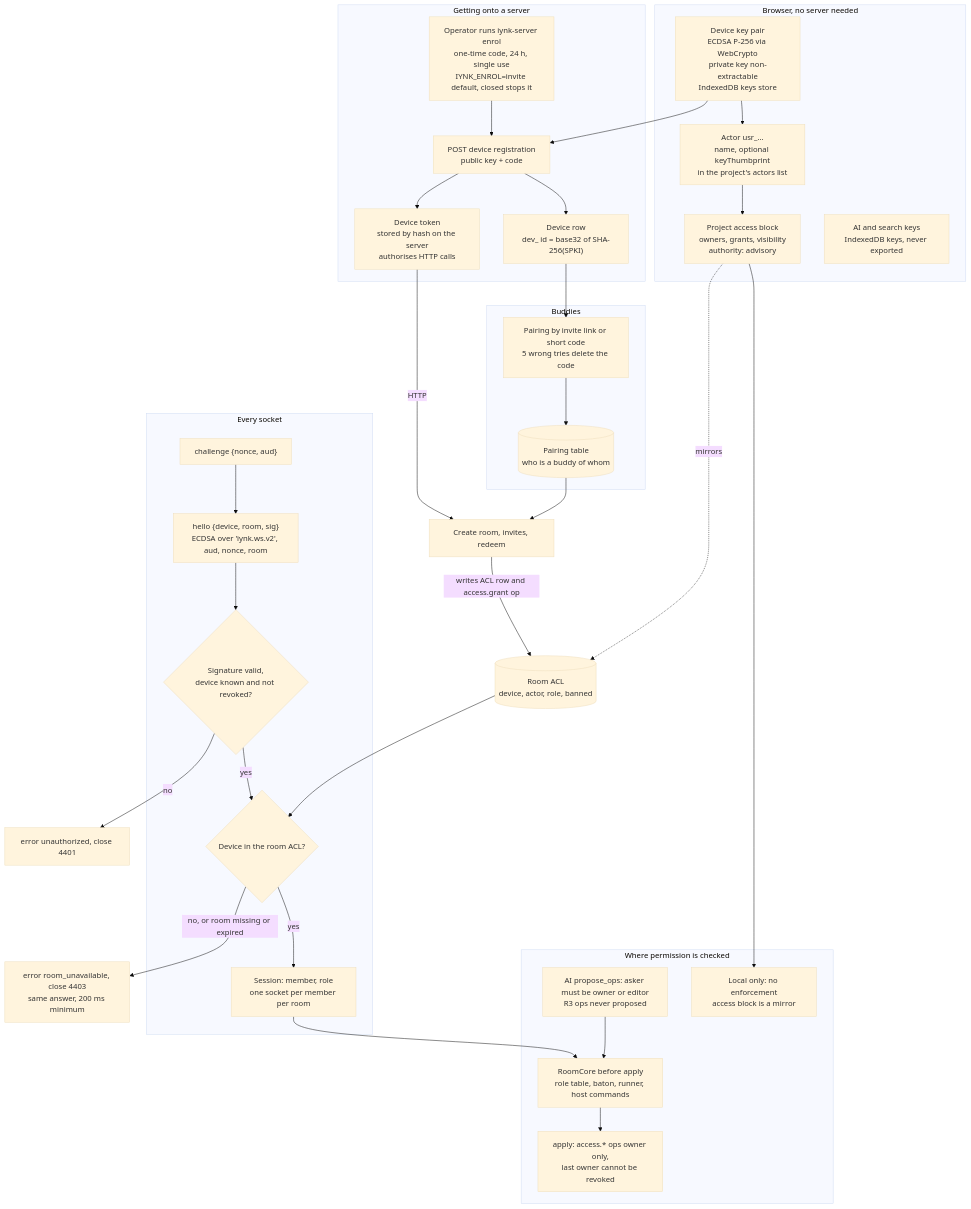
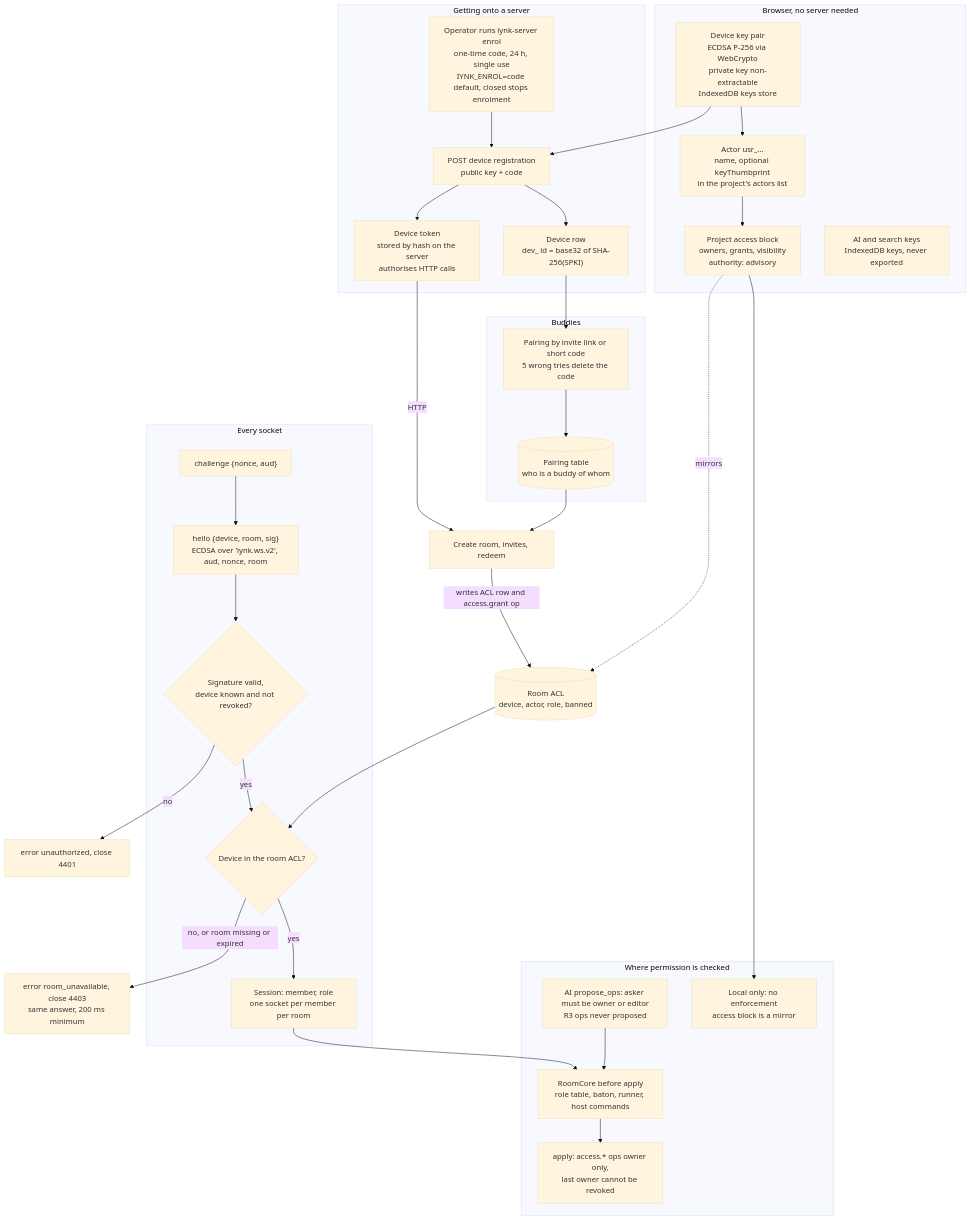
One commit to kushwahaamar-dev/iynk changed diagram 15 of 16 in docs/MASTER_PLAN/04_ARCHITECTURE/SYSTEM_DIAGRAMS.md. Above: the diagram before and after it, drawn with Mermaid (base theme). The commit also changed other lines of this file and 104 other files, not shown here.

````diff
--- a/docs/MASTER_PLAN/04_ARCHITECTURE/SYSTEM_DIAGRAMS.md
+++ b/docs/MASTER_PLAN/04_ARCHITECTURE/SYSTEM_DIAGRAMS.md
@@ -800,52 +800,52 @@
 ```mermaid
 flowchart TB
   subgraph Local["Browser, no server needed"]
     key["Device key pair<br/>ECDSA P-256 via WebCrypto<br/>private key non-extractable<br/>IndexedDB keys store"]
     actor["Actor usr_...<br/>name, optional keyThumbprint<br/>in the project's actors list"]
     owner["Project access block<br/>owners, grants, visibility<br/>authority: advisory"]
     keys2["AI and search keys<br/>IndexedDB keys, never exported"]
   end
   subgraph Enroll["Getting onto a server"]
-    code["Operator runs iynk-server enrol<br/>one-time code, 24 h, single use<br/>IYNK_ENROL=invite default, closed stops it"]
+    code["Operator runs iynk-server enrol<br/>one-time code, 24 h, single use<br/>IYNK_ENROL=code default, closed stops enrolment"]
     reg["POST device registration<br/>public key + code"]
     tok["Device token<br/>stored by hash on the server<br/>authorises HTTP calls"]
     devrow["Device row<br/>dev_ id = base32 of SHA-256(SPKI)"]
   end
   subgraph Pair["Buddies"]
     pairing["Pairing by invite link or short code<br/>5 wrong tries delete the code"]
     buddies[("Pairing table<br/>who is a buddy of whom")]
   end
   subgraph Sock["Every socket"]
     chal["challenge {nonce, aud}"]
     hello["hello {device, room, sig}<br/>ECDSA over 'iynk.ws.v2', aud, nonce, room"]
     verify{"Signature valid,<br/>device known and not revoked?"}
     member{"Device in the room ACL?"}
     sess["Session: member, role<br/>one socket per member per room"]
   end
   subgraph Check["Where permission is checked"]
     core["RoomCore before apply<br/>role table, baton, runner, host commands"]
     applyc["apply: access.* ops owner only,<br/>last owner cannot be revoked"]
     aip["AI propose_ops: asker must be owner or editor<br/>R3 ops never proposed"]
     local2["Local only: no enforcement<br/>access block is a mirror"]
   end
   key --> reg
   code --> reg
   reg --> tok
   reg --> devrow
   key --> actor
   actor --> owner
   devrow --> pairing --> buddies
   tok -->|"HTTP"| inv["Create room, invites, redeem"]
   buddies --> inv
   inv -->|"writes ACL row and access.grant op"| acl[("Room ACL<br/>device, actor, role, banned")]
   chal --> hello --> verify
   verify -->|"no"| e1["error unauthorized, close 4401"]
   verify -->|"yes"| member
   member -->|"no, or room missing or expired"| e2["error room_unavailable, close 4403<br/>same answer, 200 ms minimum"]
   member -->|"yes"| sess
   acl --> member
   sess --> core --> applyc
   owner -.->|"mirrors"| acl
   aip --> core
   owner --> local2
 ```
````
